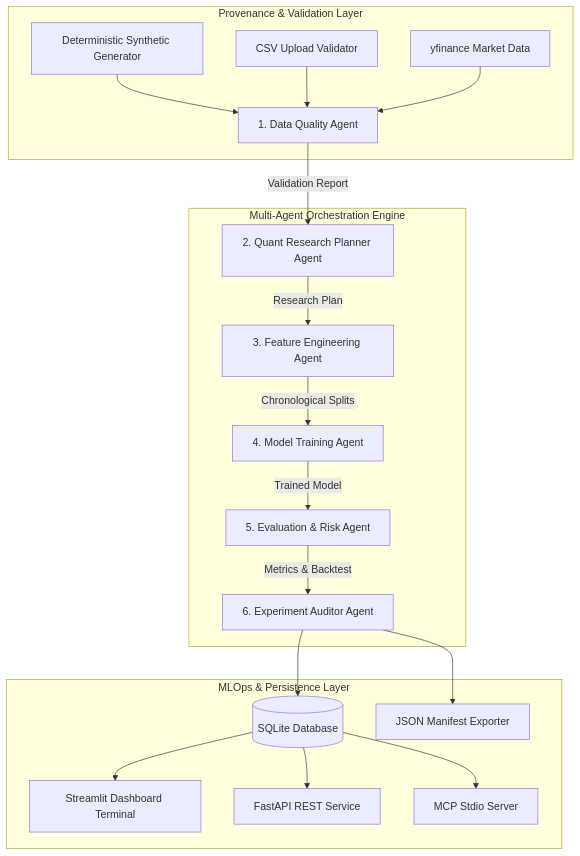
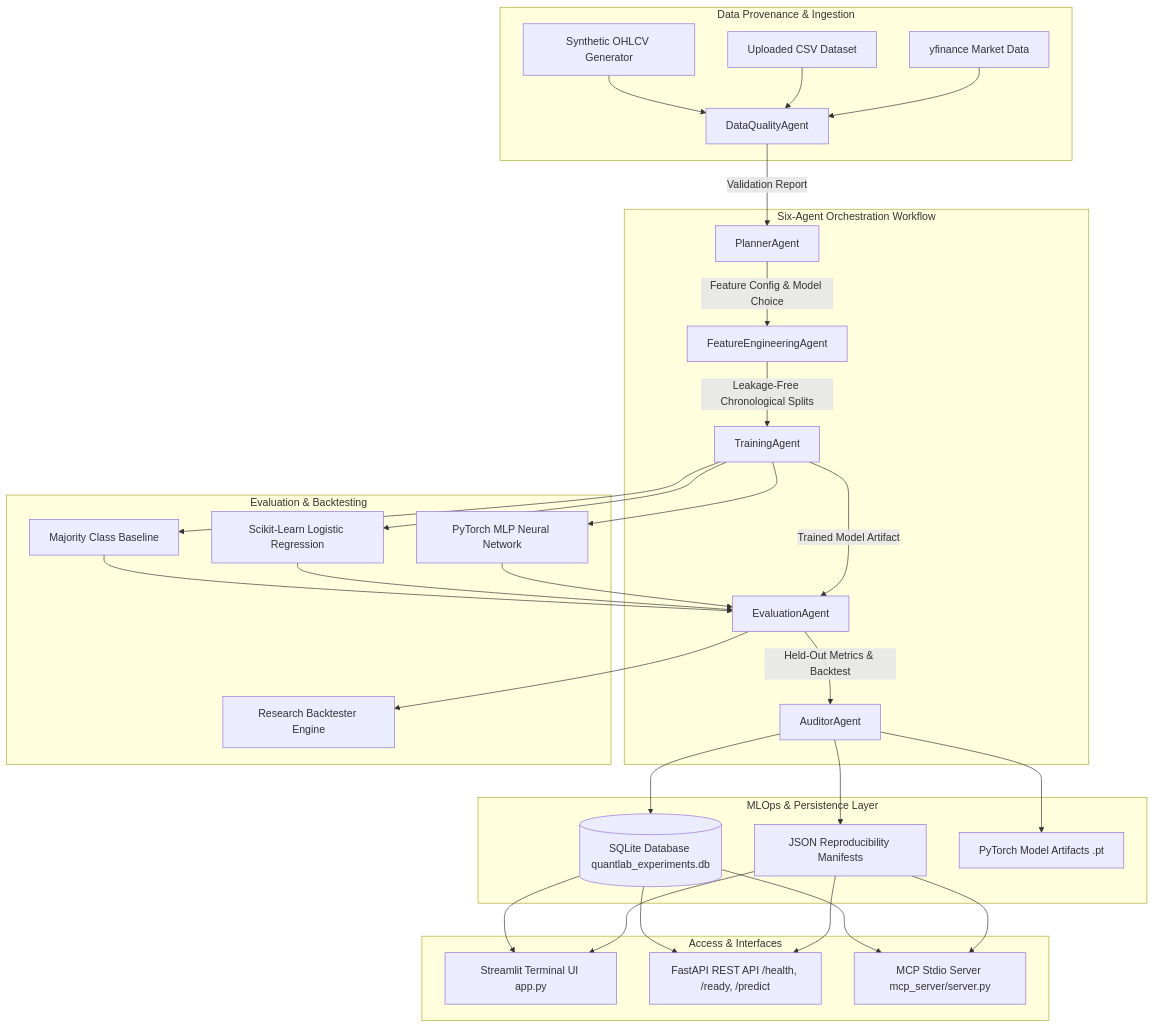
Before and after one commit to Dhanya562004/quantlab-pro: the diagram in README.md, drawn with Mermaid. The commit also changed other lines of this file and 19 other files, not shown here.

Commit message:
feat: complete QuantLab Pro AI/ML platform upgrade aligned with Tower Research Capital requirements

````diff
--- a/README.md
+++ b/README.md
@@ -26,24 +39,36 @@
 ```mermaid
 graph TD
-    subgraph Provenance & Validation Layer
-        A1[Deterministic Synthetic Generator] --> B[1. Data Quality Agent]
-        A2[CSV Upload Validator] --> B
-        A3[yfinance Market Data] --> B
+    subgraph Data Provenance & Ingestion
+        DS1[Synthetic OHLCV Generator] --> DQA[DataQualityAgent]
+        DS2[Uploaded CSV Dataset] --> DQA
+        DS3[yfinance Market Data] --> DQA
     end
 
-    subgraph Multi-Agent Orchestration Engine
-        B -- Validation Report --> C[2. Quant Research Planner Agent]
-        C -- Research Plan --> D[3. Feature Engineering Agent]
-        D -- Chronological Splits --> E[4. Model Training Agent]
-        E -- Trained Model --> F[5. Evaluation & Risk Agent]
-        F -- Metrics & Backtest --> G[6. Experiment Auditor Agent]
+    subgraph Six-Agent Orchestration Workflow
+        DQA -- Validation Report --> PA[PlannerAgent]
+        PA -- Feature Config & Model Choice --> FEA[FeatureEngineeringAgent]
+        FEA -- Leakage-Free Chronological Splits --> TA[TrainingAgent]
+        TA -- Trained Model Artifact --> EA[EvaluationAgent]
+        EA -- Held-Out Metrics & Backtest --> AA[AuditorAgent]
+    end
+
+    subgraph Evaluation & Backtesting
+        TA --> M1[Majority Class Baseline]
+        TA --> M2[Scikit-Learn Logistic Regression]
+        TA --> M3[PyTorch MLP Neural Network]
+        M1 & M2 & M3 --> EA
+        EA --> BT[Research Backtester Engine]
     end
 
     subgraph MLOps & Persistence Layer
-        G --> H[(SQLite Database)]
-        G --> I[JSON Manifest Exporter]
-        H --> J[Streamlit Dashboard Terminal]
-        H --> K[FastAPI REST Service]
-        H --> L[MCP Stdio Server]
+        AA --> DB[(SQLite Database quantlab_experiments.db)]
+        AA --> MF[JSON Reproducibility Manifests]
+        AA --> ART[PyTorch Model Artifacts .pt]
+    end
+
+    subgraph Access & Interfaces
+        DB & MF --> UI[Streamlit Terminal UI app.py]
+        DB & MF --> API[FastAPI REST API /health, /ready, /predict]
+        DB & MF --> MCP[MCP Stdio Server mcp_server/server.py]
     end
 ```
````
